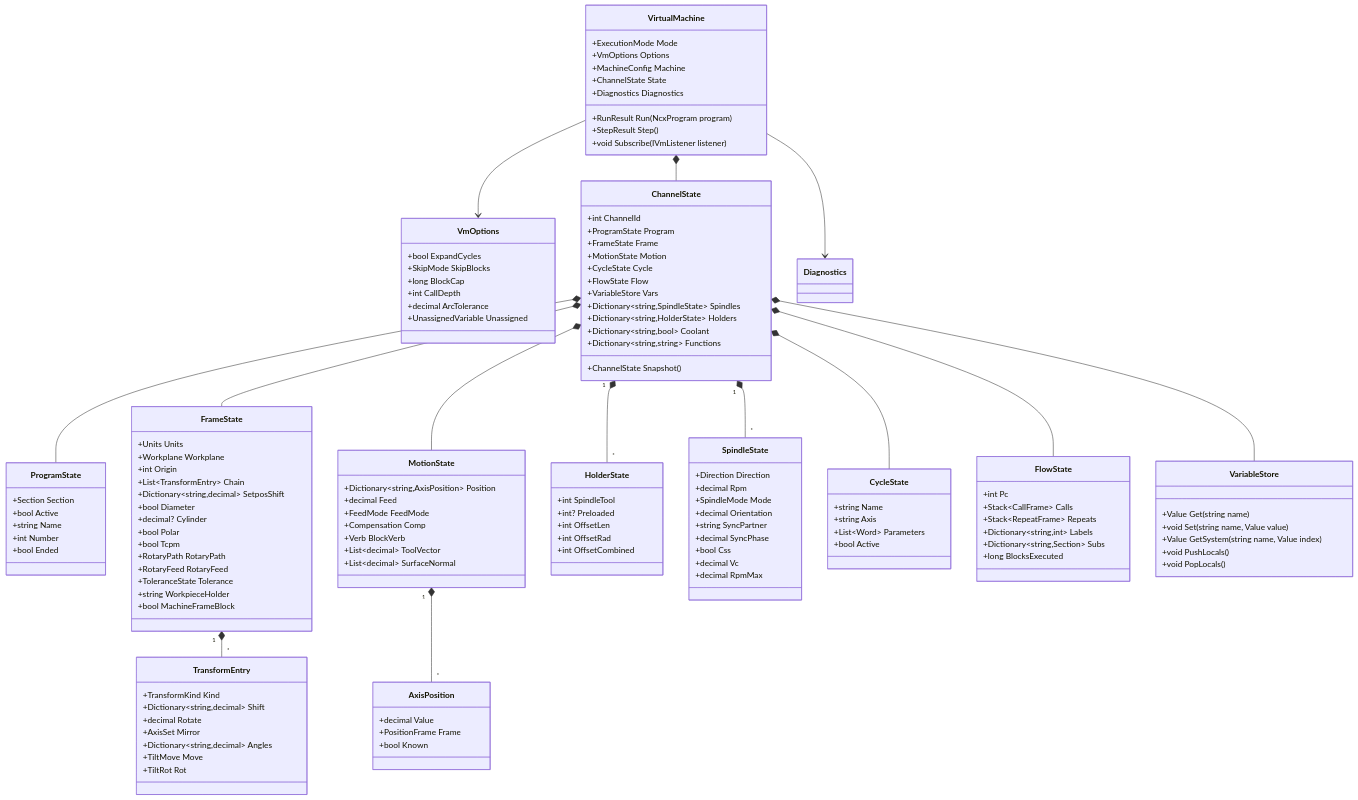
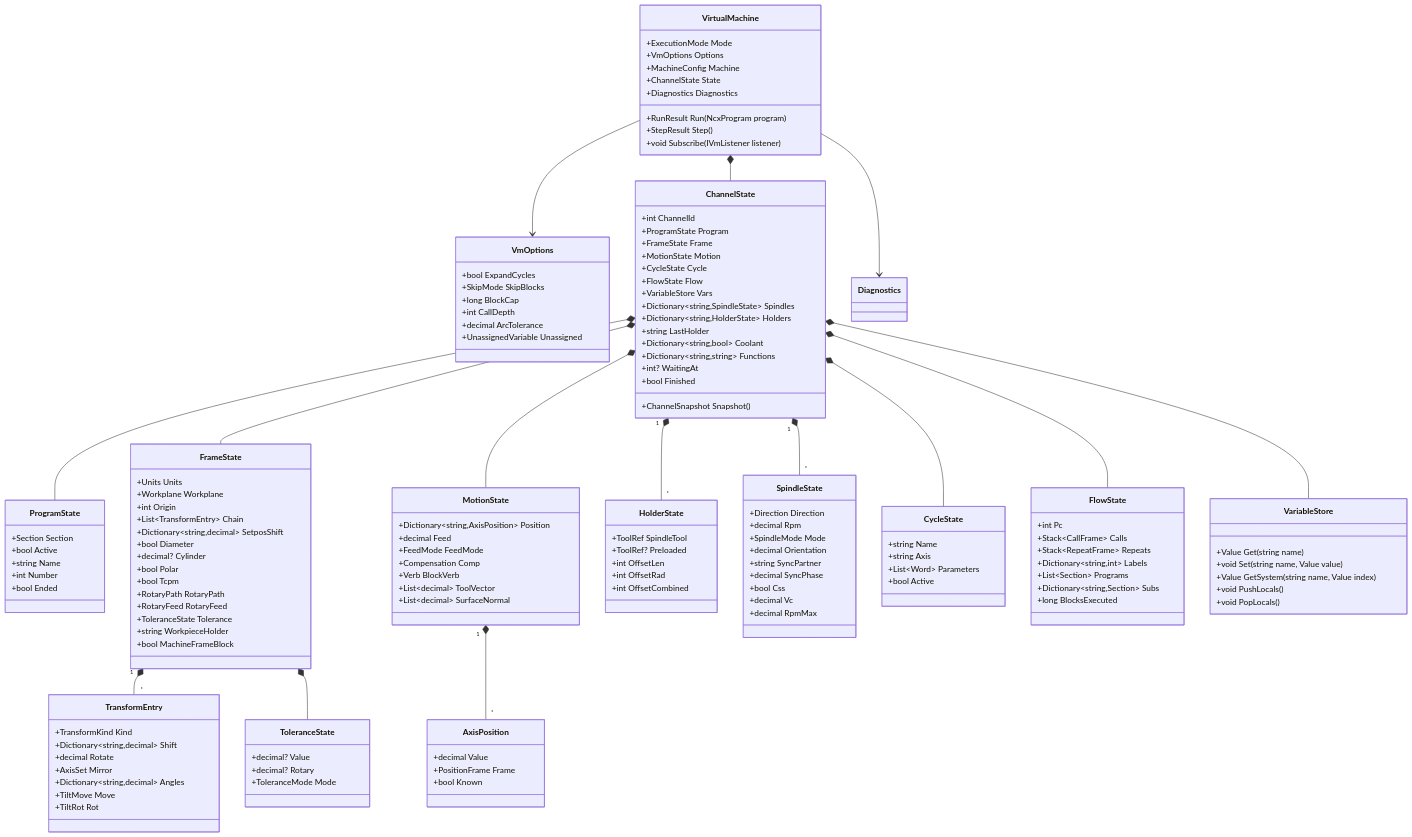
The fifth of 16 diagrams in docs/architecture/architecture.md (NC-PB/NCXchange_), drawn with Mermaid before and after one commit. The commit also changed 55 other files, not shown here.

```diff
--- a/docs/architecture/architecture.md
+++ b/docs/architecture/architecture.md
@@ -314,9 +314,12 @@
         +VariableStore Vars
         +Dictionary~string,SpindleState~ Spindles
         +Dictionary~string,HolderState~ Holders
+        +string LastHolder
         +Dictionary~string,bool~ Coolant
         +Dictionary~string,string~ Functions
-        +ChannelState Snapshot()
+        +int? WaitingAt
+        +bool Finished
+        +ChannelSnapshot Snapshot()
     }
     class ProgramState {
         +Section Section
@@ -350,6 +353,11 @@
         +TiltMove Move
         +TiltRot Rot
     }
+    class ToleranceState {
+        +decimal? Value
+        +decimal? Rotary
+        +ToleranceMode Mode
+    }
     class MotionState {
         +Dictionary~string,AxisPosition~ Position
         +decimal Feed
@@ -365,8 +373,8 @@
         +bool Known
     }
     class HolderState {
-        +int SpindleTool
-        +int? Preloaded
+        +ToolRef SpindleTool
+        +ToolRef? Preloaded
         +int OffsetLen
         +int OffsetRad
         +int OffsetCombined
@@ -393,6 +401,7 @@
         +Stack~CallFrame~ Calls
         +Stack~RepeatFrame~ Repeats
         +Dictionary~string,int~ Labels
+        +List~Section~ Programs
         +Dictionary~string,Section~ Subs
         +long BlocksExecuted
     }
@@ -409,6 +418,7 @@
     ChannelState *-- ProgramState
     ChannelState *-- FrameState
     FrameState "1" *-- "*" TransformEntry
+    FrameState *-- ToleranceState
     ChannelState *-- MotionState
     ChannelState *-- CycleState
     ChannelState *-- FlowState
```
